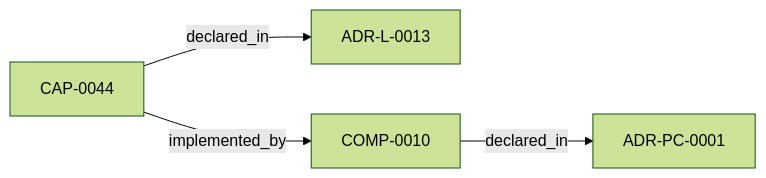
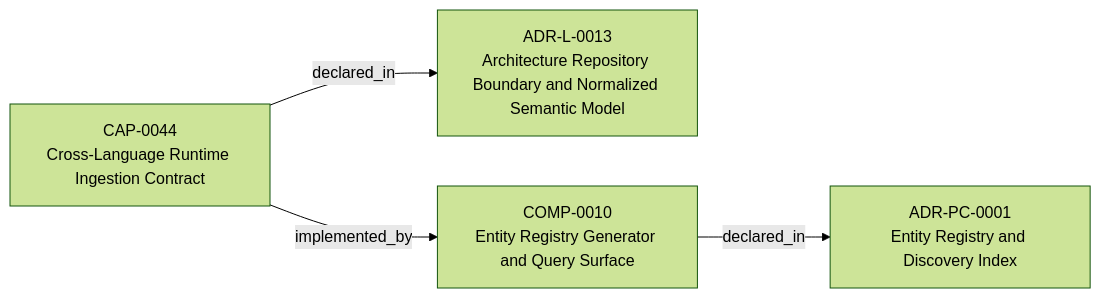
The first of 3 diagrams in adrs/adr-projection/physical-system/ADR-PS-0001-adr-architecture-kit-discovery-and-indexing-system.md (egallmann/adr-architecture-kit), drawn with Mermaid (forest theme) before and after one commit. The commit also changed other lines of this file and 35 other files, not shown here.

````diff
--- a/adrs/adr-projection/physical-system/ADR-PS-0001-adr-architecture-kit-discovery-and-indexing-system.md
+++ b/adrs/adr-projection/physical-system/ADR-PS-0001-adr-architecture-kit-discovery-and-indexing-system.md
@@ -31,10 +31,10 @@
 ```mermaid
 flowchart LR
-  n_019fee89_e616_7c4e_953c_b7349412a784["ADR-L-0013"]
-  n_019fee89_e616_7d30_ae2e_6fee1dbb2712["CAP-0044"]
-  n_019fee89_e617_7270_ab2f_58a756d2530e["ADR-PC-0001"]
-  n_019fee89_e617_76d8_a333_e21361cd6602["COMP-0010"]
+  n_019fee89_e616_7c4e_953c_b7349412a784["ADR-L-0013<br/>Architecture Repository Boundary and Normalized Semantic Model"]
+  n_019fee89_e616_7d30_ae2e_6fee1dbb2712["CAP-0044<br/>Cross-Language Runtime Ingestion Contract"]
+  n_019fee89_e617_7270_ab2f_58a756d2530e["ADR-PC-0001<br/>Entity Registry and Discovery Index"]
+  n_019fee89_e617_76d8_a333_e21361cd6602["COMP-0010<br/>Entity Registry Generator and Query Surface"]
   n_019fee89_e616_7d30_ae2e_6fee1dbb2712 -->|"declared_in"| n_019fee89_e616_7c4e_953c_b7349412a784
   n_019fee89_e617_76d8_a333_e21361cd6602 -->|"declared_in"| n_019fee89_e617_7270_ab2f_58a756d2530e
   n_019fee89_e616_7d30_ae2e_6fee1dbb2712 -->|"implemented_by"| n_019fee89_e617_76d8_a333_e21361cd6602
 ```
````
